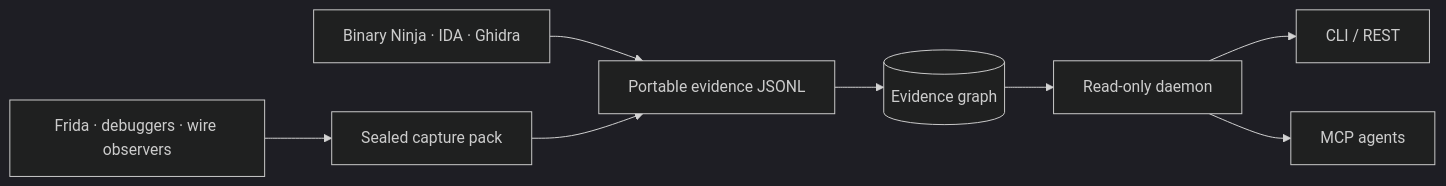
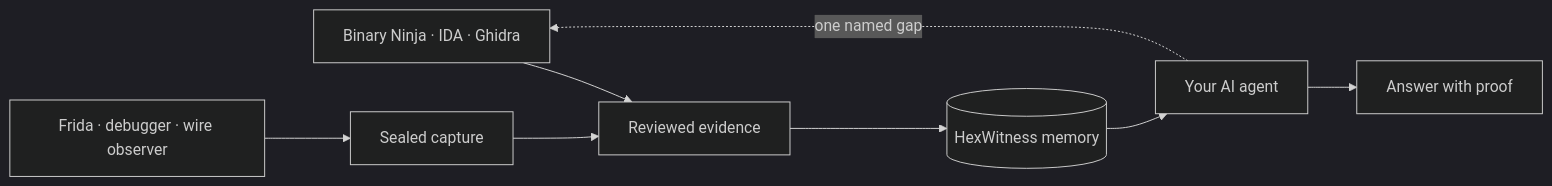
Before and after one commit to siaginw/HexWitness: the diagram in README.md, drawn with Mermaid (dark theme). The commit also changed other lines of this file and 36 other files, not shown here.

Commit message:
Polish HexWitness into a cohesive evidence product

````diff
--- a/README.md
+++ b/README.md
@@ -33,10 +32,10 @@
 ```mermaid
 flowchart LR
-  S["Binary Ninja · IDA · Ghidra"] --> J["Portable evidence JSONL"]
-  R["Frida · debuggers · wire observers"] --> P["Sealed capture pack"]
-  P --> J
-  J --> E[("Evidence graph")]
-  E --> D["Read-only daemon"]
-  D --> C["CLI / REST"]
-  D --> M["MCP agents"]
+  V["Binary Ninja · IDA · Ghidra"] --> X["Reviewed evidence"]
+  R["Frida · debugger · wire observer"] --> C["Sealed capture"]
+  C --> X
+  X --> E[("HexWitness memory")]
+  E --> A["Your AI agent"]
+  A --> Q["Answer with proof"]
+  A -.->|one named gap| V
 ```
````
